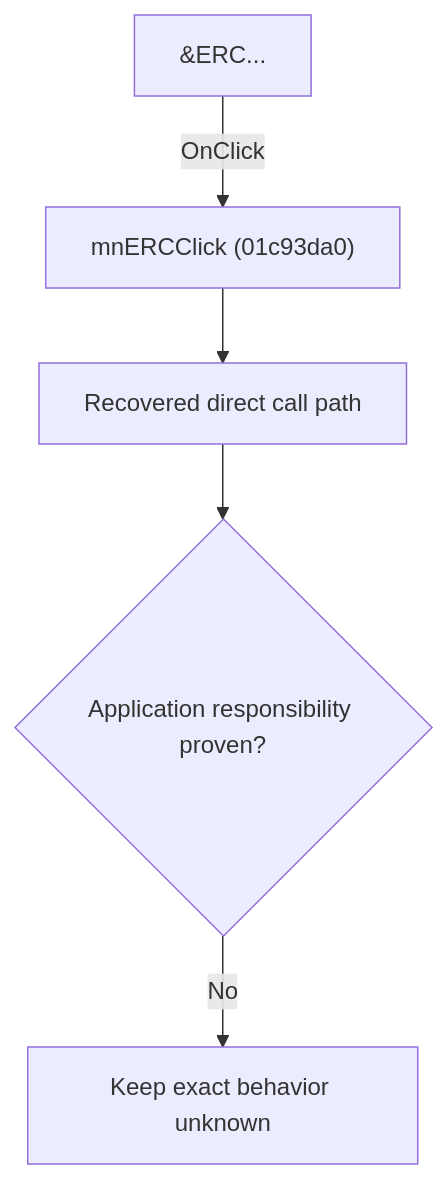
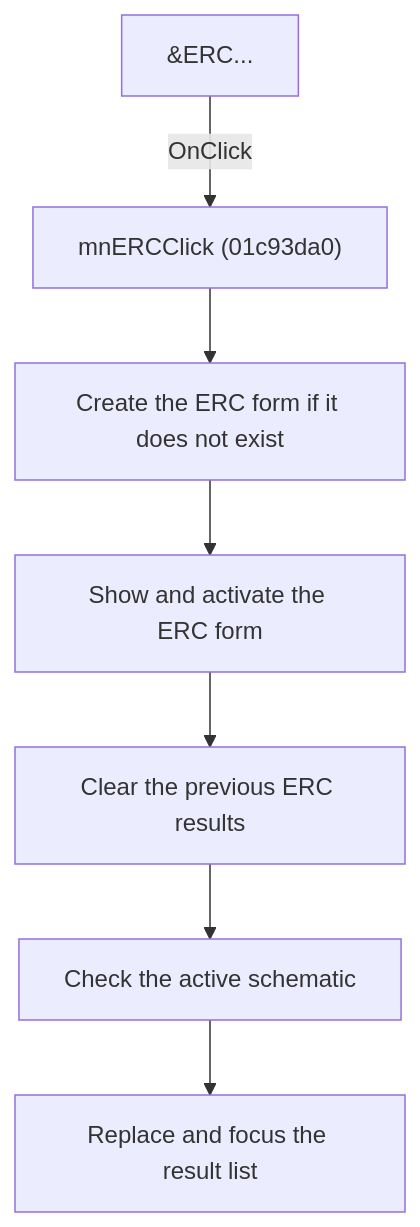
The diagram in docs/ui-controls/schematiceditor/mnerc-f9b8bde07b.md (MovGP0/TIARA), drawn with Mermaid before and after one commit. The commit also changed other lines of this file and 241 other files, not shown here.

````diff
--- a/docs/ui-controls/schematiceditor/mnerc-f9b8bde07b.md
+++ b/docs/ui-controls/schematiceditor/mnerc-f9b8bde07b.md
@@ -27,7 +25,9 @@
 ```mermaid
 flowchart TD
     control["&ERC..."] -->|"OnClick"| handler["mnERCClick (01c93da0)"]
-    handler --> recovered["Recovered direct call path"]
-    recovered --> gap{"Application responsibility proven?"}
-    gap -->|"No"| blocked["Keep exact behavior unknown"]
+    handler --> ensure["Create the ERC form if it does not exist"]
+    ensure --> show["Show and activate the ERC form"]
+    show --> clear["Clear the previous ERC results"]
+    clear --> check["Check the active schematic"]
+    check --> replace["Replace and focus the result list"]
 ```
````
